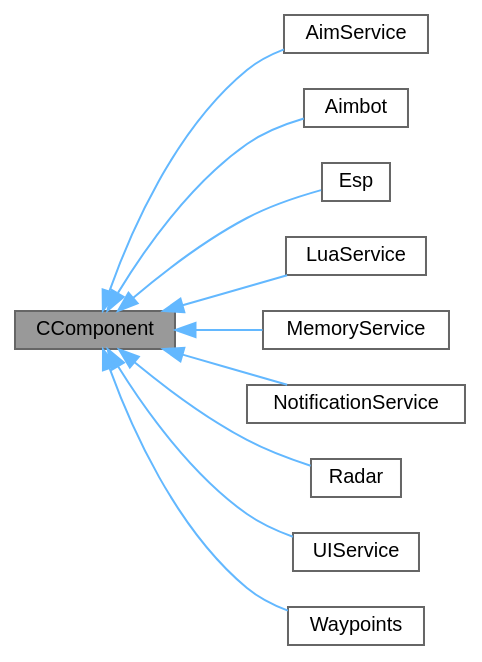
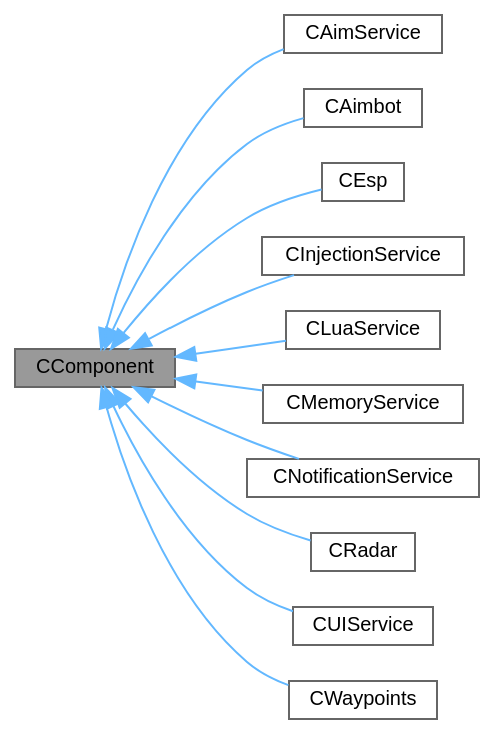
The diagram in d7/d57/classCComponent__inherit__graph.dot (kiocode/xenon), drawn with Graphviz before and after one commit. The commit also changed 226 other files, not shown here.

```diff
--- a/d7/d57/classCComponent__inherit__graph.dot
+++ b/d7/d57/classCComponent__inherit__graph.dot
@@ -1,27 +1,29 @@
 digraph "CComponent"
 {
  // LATEX_PDF_SIZE
   bgcolor="transparent";
   edge [fontname=Helvetica,fontsize=10,labelfontname=Helvetica,labelfontsize=10];
   node [fontname=Helvetica,fontsize=10,shape=box,height=0.2,width=0.4];
   rankdir="LR";
   Node1 [id="Node000001",label="CComponent",height=0.2,width=0.4,color="gray40", fillcolor="grey60", style="filled", fontcolor="black",tooltip="A base class for components in the Xenon system."];
   Node1 -> Node2 [id="edge1_Node000001_Node000002",dir="back",color="steelblue1",style="solid",tooltip=" "];
-  Node2 [id="Node000002",label="AimService",height=0.2,width=0.4,color="gray40", fillcolor="white", style="filled",URL="$df/d6c/classAimService.html",tooltip="A class responsible for handling the aiming and recoil control in the Xenon framework."];
+  Node2 [id="Node000002",label="CAimService",height=0.2,width=0.4,color="gray40", fillcolor="white", style="filled",URL="$d9/de9/classCAimService.html",tooltip="A class responsible for handling the aiming and recoil control in the Xenon framework."];
   Node1 -> Node3 [id="edge2_Node000001_Node000003",dir="back",color="steelblue1",style="solid",tooltip=" "];
-  Node3 [id="Node000003",label="Aimbot",height=0.2,width=0.4,color="gray40", fillcolor="white", style="filled",URL="$d8/d9a/classAimbot.html",tooltip="A class responsible for managing and controlling the aimbot functionality in the Xenon framework."];
+  Node3 [id="Node000003",label="CAimbot",height=0.2,width=0.4,color="gray40", fillcolor="white", style="filled",URL="$da/df7/classCAimbot.html",tooltip="A class responsible for managing and controlling the aimbot functionality in the Xenon framework."];
   Node1 -> Node4 [id="edge3_Node000001_Node000004",dir="back",color="steelblue1",style="solid",tooltip=" "];
-  Node4 [id="Node000004",label="Esp",height=0.2,width=0.4,color="gray40", fillcolor="white", style="filled",URL="$d1/d71/classEsp.html",tooltip="A class responsible for rendering various ESP (Extra Sensory Perception) elements in the Xenon framew..."];
+  Node4 [id="Node000004",label="CEsp",height=0.2,width=0.4,color="gray40", fillcolor="white", style="filled",URL="$dd/db7/classCEsp.html",tooltip="A class responsible for rendering various ESP (Extra Sensory Perception) elements in the Xenon framew..."];
   Node1 -> Node5 [id="edge4_Node000001_Node000005",dir="back",color="steelblue1",style="solid",tooltip=" "];
-  Node5 [id="Node000005",label="LuaService",height=0.2,width=0.4,color="gray40", fillcolor="white", style="filled",URL="$df/dc4/classLuaService.html",tooltip="A service for handling Lua script execution and binding in the Xenon framework."];
+  Node5 [id="Node000005",label="CInjectionService",height=0.2,width=0.4,color="gray40", fillcolor="white", style="filled",URL="$d0/d3f/classCInjectionService.html",tooltip=" "];
   Node1 -> Node6 [id="edge5_Node000001_Node000006",dir="back",color="steelblue1",style="solid",tooltip=" "];
-  Node6 [id="Node000006",label="MemoryService",height=0.2,width=0.4,color="gray40", fillcolor="white", style="filled",URL="$df/d7b/classMemoryService.html",tooltip="A service for interacting with a game's process memory."];
+  Node6 [id="Node000006",label="CLuaService",height=0.2,width=0.4,color="gray40", fillcolor="white", style="filled",URL="$d7/d5e/classCLuaService.html",tooltip="A service for handling Lua script execution and binding in the Xenon framework."];
   Node1 -> Node7 [id="edge6_Node000001_Node000007",dir="back",color="steelblue1",style="solid",tooltip=" "];
-  Node7 [id="Node000007",label="NotificationService",height=0.2,width=0.4,color="gray40", fillcolor="white", style="filled",URL="$da/d3a/classNotificationService.html",tooltip="A service for managing and rendering in-game notifications."];
+  Node7 [id="Node000007",label="CMemoryService",height=0.2,width=0.4,color="gray40", fillcolor="white", style="filled",URL="$d6/d45/classCMemoryService.html",tooltip="A service for interacting with a game's process memory."];
   Node1 -> Node8 [id="edge7_Node000001_Node000008",dir="back",color="steelblue1",style="solid",tooltip=" "];
-  Node8 [id="Node000008",label="Radar",height=0.2,width=0.4,color="gray40", fillcolor="white", style="filled",URL="$d3/d24/classRadar.html",tooltip="A class responsible for rendering and updating radar components in the Xenon framework."];
+  Node8 [id="Node000008",label="CNotificationService",height=0.2,width=0.4,color="gray40", fillcolor="white", style="filled",URL="$d9/da7/classCNotificationService.html",tooltip="A service for managing and rendering in-game notifications."];
   Node1 -> Node9 [id="edge8_Node000001_Node000009",dir="back",color="steelblue1",style="solid",tooltip=" "];
-  Node9 [id="Node000009",label="UIService",height=0.2,width=0.4,color="gray40", fillcolor="white", style="filled",URL="$da/da8/classUIService.html",tooltip="A service for managing and rendering the user interface (UI) in the game."];
+  Node9 [id="Node000009",label="CRadar",height=0.2,width=0.4,color="gray40", fillcolor="white", style="filled",URL="$d4/d8e/classCRadar.html",tooltip="A class responsible for rendering and updating radar components in the Xenon framework."];
   Node1 -> Node10 [id="edge9_Node000001_Node000010",dir="back",color="steelblue1",style="solid",tooltip=" "];
-  Node10 [id="Node000010",label="Waypoints",height=0.2,width=0.4,color="gray40", fillcolor="white", style="filled",URL="$d5/d11/classWaypoints.html",tooltip="A class that manages and renders waypoints in both world space and radar view."];
+  Node10 [id="Node000010",label="CUIService",height=0.2,width=0.4,color="gray40", fillcolor="white", style="filled",URL="$d8/de4/classCUIService.html",tooltip="A service for managing and rendering the user interface (UI) in the game."];
+  Node1 -> Node11 [id="edge10_Node000001_Node000011",dir="back",color="steelblue1",style="solid",tooltip=" "];
+  Node11 [id="Node000011",label="CWaypoints",height=0.2,width=0.4,color="gray40", fillcolor="white", style="filled",URL="$d4/d9f/classCWaypoints.html",tooltip="A class that manages and renders waypoints in both world space and radar view."];
 }
```
